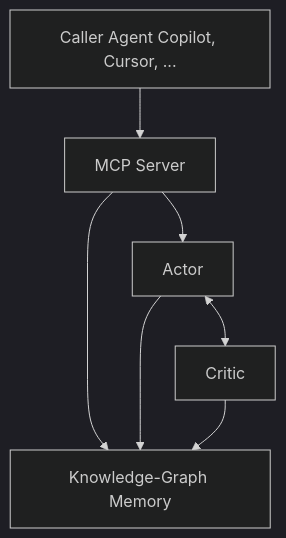
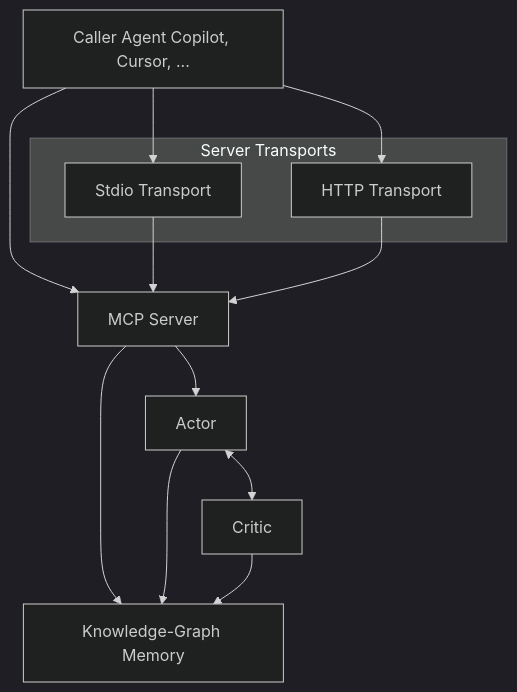
Before and after one commit to matsilva/actor-critic-mcp: the diagram in docs/OVERVIEW.md, drawn with Mermaid (dark theme). The commit also changed other lines of this file and 9 other files, not shown here.

First line of the commit message:
feat: add HTTP server support with modular transport architecture

````diff
--- a/docs/OVERVIEW.md
+++ b/docs/OVERVIEW.md
@@ -56,10 +56,20 @@
 ```mermaid
 %% CodeLoops high‑level flow
 graph TD
   A[Caller Agent Copilot, Cursor, ...] --> B[MCP Server]
   B --> C[Knowledge-Graph Memory]
   B --> D[Actor]
   D <--> E[Critic]
   D --> C
   E --> C
+  
+  subgraph "Server Transports"
+    F[Stdio Transport]
+    G[HTTP Transport]
+  end
+  
+  A --> F
+  A --> G
+  F --> B
+  G --> B
 ```
````
